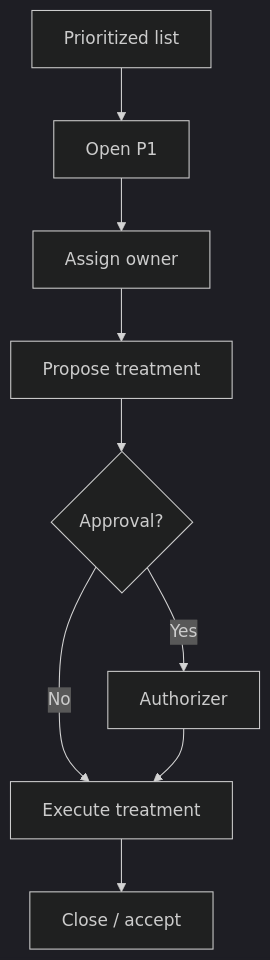
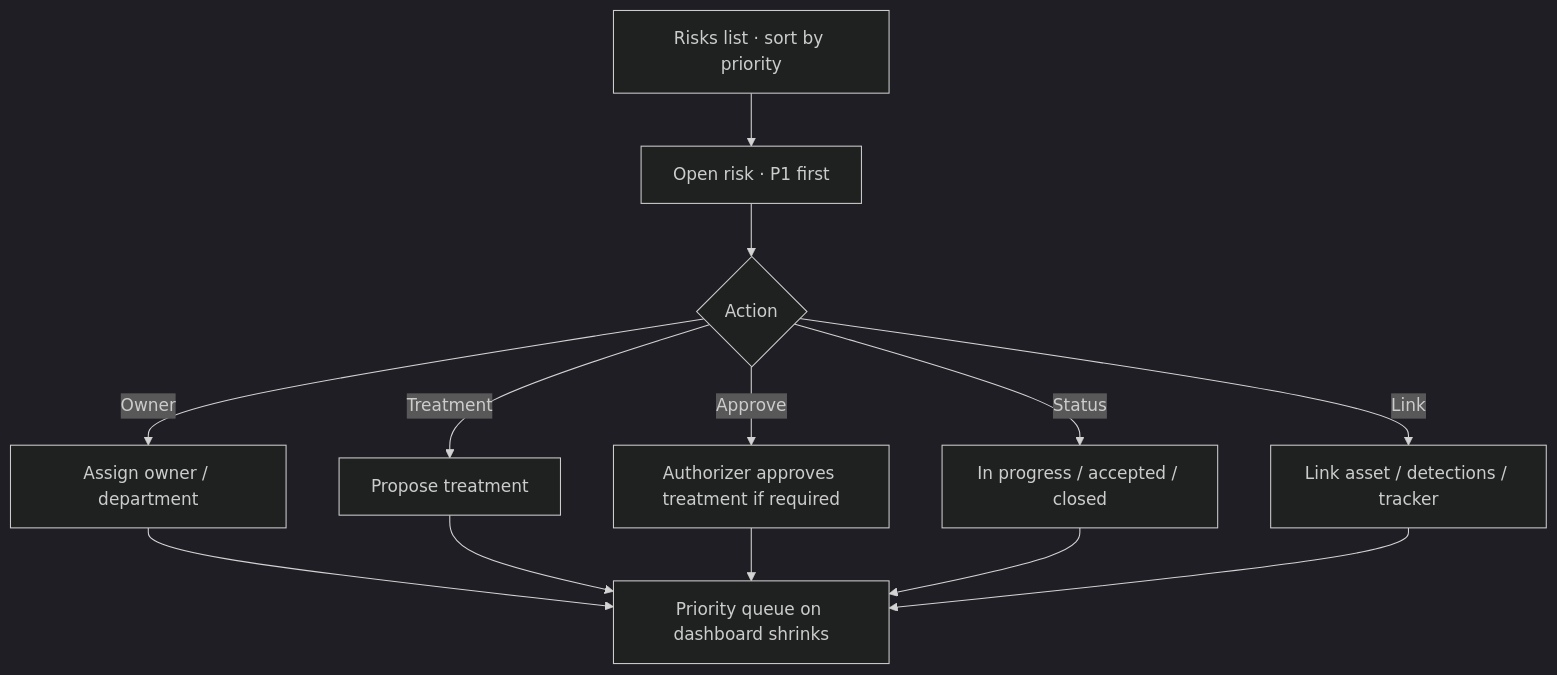
One commit to Phantom-Fort/Phantix-Frontend changed the diagram in docs/how-to/command-centre/09-manage-risks.md. Above: the diagram before and after it, drawn with Mermaid (dark theme). The commit also changed other lines of this file and 44 other files, not shown here.

````diff
--- a/docs/how-to/command-centre/09-manage-risks.md
+++ b/docs/how-to/command-centre/09-manage-risks.md
@@ -27,11 +11,11 @@
 ```mermaid
 flowchart TD
-  A[Prioritized list] --> B[Open P1]
-  B --> C[Assign owner]
-  C --> D[Propose treatment]
-  D --> E{Approval?}
-  E -->|Yes| F[Authorizer]
-  E -->|No| G[Execute treatment]
-  F --> G
-  G --> H[Close / accept]
+  A[Risks list · sort by priority] --> B[Open risk · P1 first]
+  B --> C{Action}
+  C -->|Owner| D[Assign owner / department]
+  C -->|Treatment| E[Propose treatment]
+  C -->|Approve| F[Authorizer approves treatment if required]
+  C -->|Status| G[In progress / accepted / closed]
+  C -->|Link| H[Link asset / detections / tracker]
+  D & E & F & G & H --> I[Priority queue on dashboard shrinks]
 ```
````
